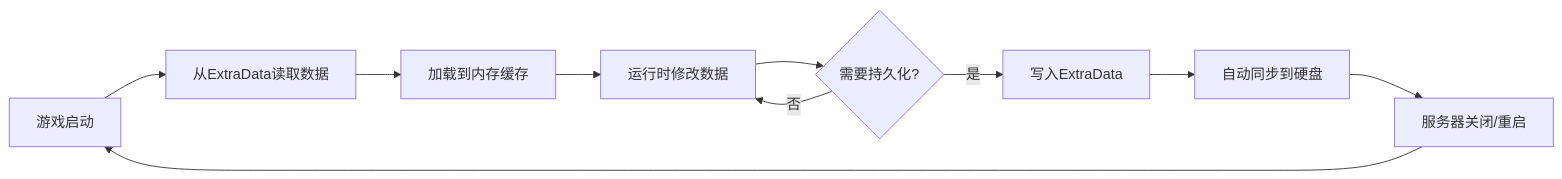
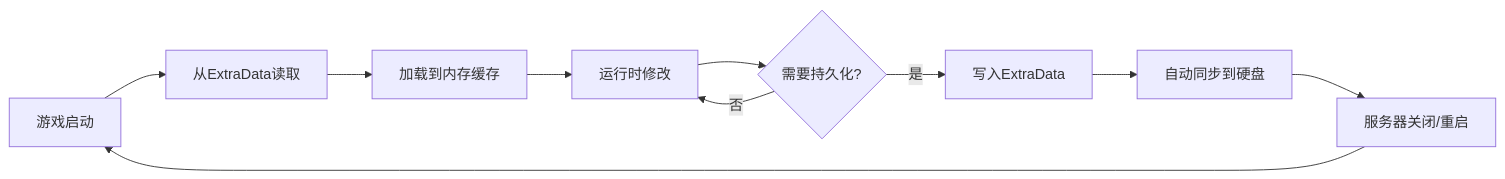
The first of 3 diagrams in markdown/深度指南/数据持久化指南.md (jju666/NeteaseMod-Claude), drawn with Mermaid before and after one commit. The commit also changed other lines of this file and 15 other files, not shown here.

````diff
--- a/markdown/深度指南/数据持久化指南.md
+++ b/markdown/深度指南/数据持久化指南.md
@@ -55,12 +40,12 @@
 ```mermaid
 graph LR
-    A[游戏启动] --> B[从ExtraData读取数据]
+    A[游戏启动] --> B[从ExtraData读取]
     B --> C[加载到内存缓存]
-    C --> D[运行时修改数据]
+    C --> D[运行时修改]
     D --> E{需要持久化?}
     E -->|是| F[写入ExtraData]
     E -->|否| D
     F --> G[自动同步到硬盘]
     G --> H[服务器关闭/重启]
     H --> A
 ```
````
